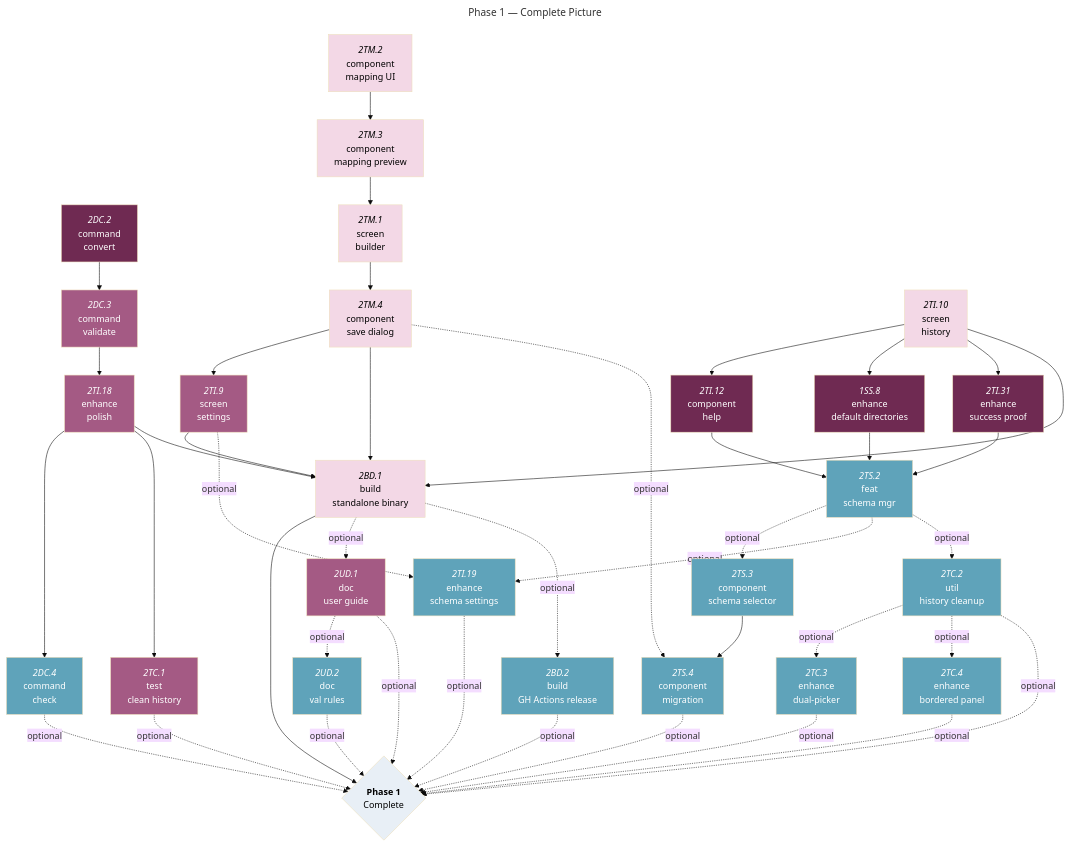
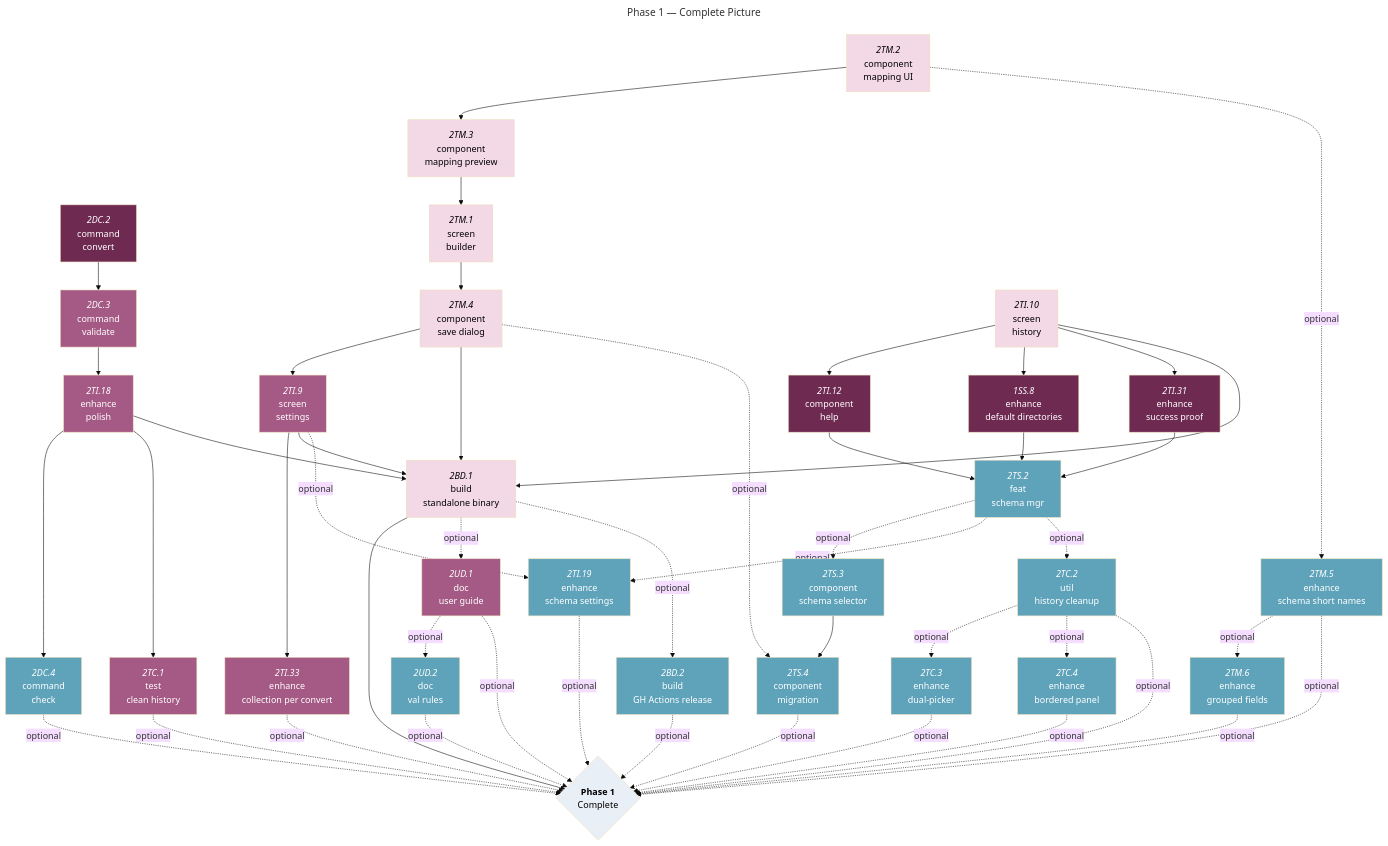
One commit to foundersandcoders/iris changed the fourth of 4 diagrams in docs/roadmaps/phase-1-mvp-features.md. Above: the diagram before and after it, drawn with Mermaid (base theme). The commit also changed other lines of this file, not shown here.

Commit message:
docs: add tasks to roadmap

```diff
--- a/docs/roadmaps/phase-1-mvp-features.md
+++ b/docs/roadmaps/phase-1-mvp-features.md
@@ -342,6 +353,9 @@
 2TM.1["`*2TM.1*<br/>screen<br/>builder`"]:::must-blocked
 2TM.4["`*2TM.4*<br/>component<br/>save dialog`"]:::must-blocked
 2TI.9["`*2TI.9*<br/>screen<br/>settings`"]:::should-blocked
+2TI.33["`*2TI.33*<br/>enhance<br/>collection per convert`"]:::should-blocked
+2TM.5["`*2TM.5*<br/>enhance<br/>schema short names`"]:::could-blocked
+2TM.6["`*2TM.6*<br/>enhance<br/>grouped fields`"]:::could-blocked
 2TS.2["`*2TS.2*<br/>feat<br/>schema mgr`"]:::could-blocked
 2TS.3["`*2TS.3*<br/>component<br/>schema selector`"]:::could-blocked
 2TS.4["`*2TS.4*<br/>component</br>migration`"]:::could-blocked
@@ -373,6 +387,7 @@
 2TM.3 --> 2TM.1
 2TM.1 --> 2TM.4
 2TM.4 --> 2TI.9
+2TI.9 --> 2TI.33
 2TI.10 --> 2TI.12 & 1SS.8 & 2TI.31
 2TI.12 & 1SS.8 & 2TI.31 --> 2TS.2
 2TI.18 --> 2DC.4 & 2TC.1
@@ -385,10 +400,12 @@
 2BD.2 -.->|optional| phase1
 2UD.1 -.->|optional| 2UD.2 & phase1
 2TI.9 -.->|optional| 2TI.19
+2TM.2 -.->|optional| 2TM.5
+2TM.5 -.->|optional| 2TM.6
 2TM.4 -.->|optional| 2TS.4
 2TS.2 -.->|optional| 2TS.3 & 2TI.19 & 2TC.2
 2TC.2 -.->|optional| 2TC.3 & 2TC.4
-2DC.4 & 2TI.19 & 2TS.4 & 2UD.2 & 2TC.1 & 2TC.2 & 2TC.3 & 2TC.4 -.->|optional| phase1
+2TI.33 & 2TM.5 & 2TM.6 & 2DC.4 & 2TI.19 & 2TS.4 & 2UD.2 & 2TC.1 & 2TC.2 & 2TC.3 & 2TC.4 -.->|optional| phase1
 
 classDef must-open fill:#D6A3BF,color:#000;
 classDef must-blocked fill:#F3D8E6,color:#000;
```
